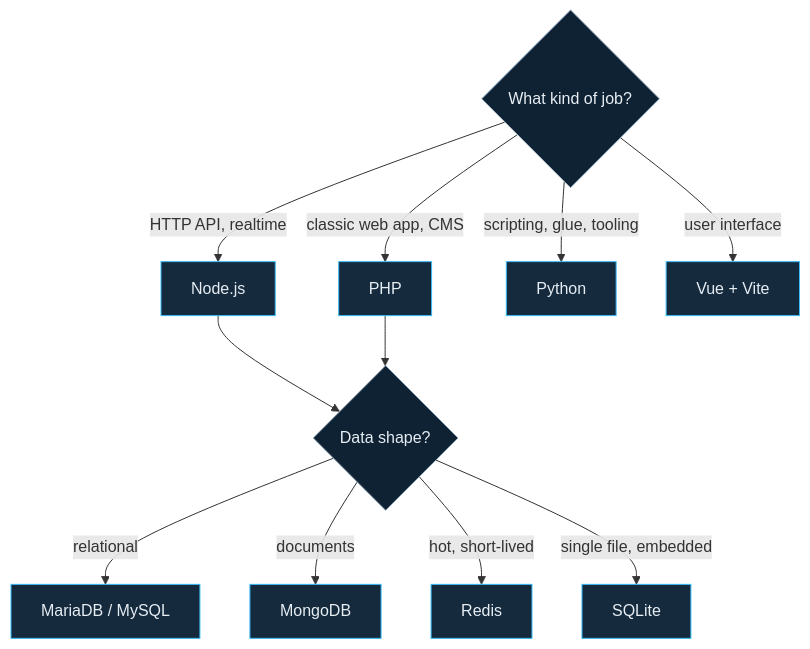
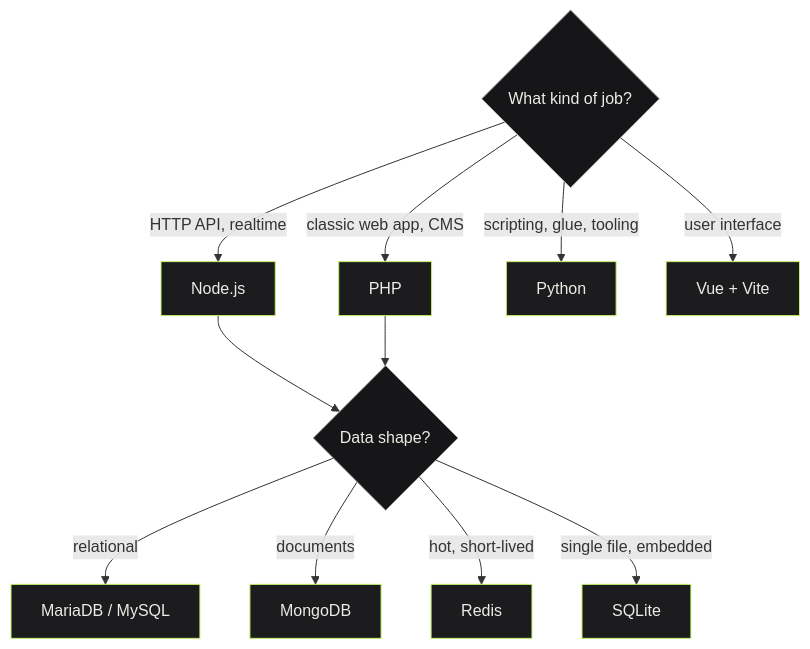
One commit to maximilianfeix/maximilianfeix changed the second of 2 diagrams in README.md. Above: the diagram before and after it, drawn with Mermaid. The commit also changed other lines of this file and 17 other files, not shown here.

````diff
--- a/README.md
+++ b/README.md
@@ -99,19 +92,19 @@
 ```mermaid
 flowchart TD
     q{"What kind of job?"}
     q -->|"HTTP API, realtime"| n["Node.js"]
     q -->|"classic web app, CMS"| p["PHP"]
     q -->|"scripting, glue, tooling"| py["Python"]
     q -->|"user interface"| v["Vue + Vite"]
     n --> d1{"Data shape?"}
     p --> d1
     d1 -->|"relational"| m["MariaDB / MySQL"]
     d1 -->|"documents"| mo["MongoDB"]
     d1 -->|"hot, short-lived"| r["Redis"]
     d1 -->|"single file, embedded"| s["SQLite"]
 
-    classDef node fill:#152A3D,stroke:#38BDF8,stroke-width:1px,color:#E6EDF3
-    classDef decision fill:#0F2233,stroke:#8BA3B8,stroke-width:1px,color:#E6EDF3
+    classDef node fill:#1C1C1F,stroke:#C6F36B,stroke-width:1px,color:#EDEBE4
+    classDef decision fill:#161618,stroke:#A3A29D,stroke-width:1px,color:#EDEBE4
     class n,p,py,v,m,mo,r,s node
     class q,d1 decision
 ```
````
